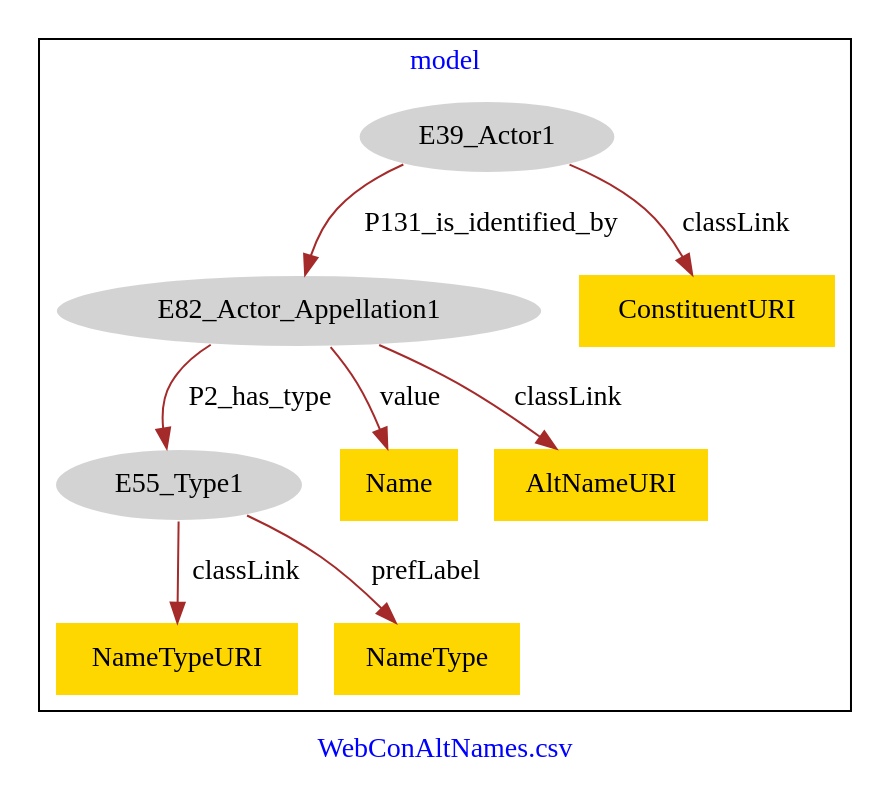
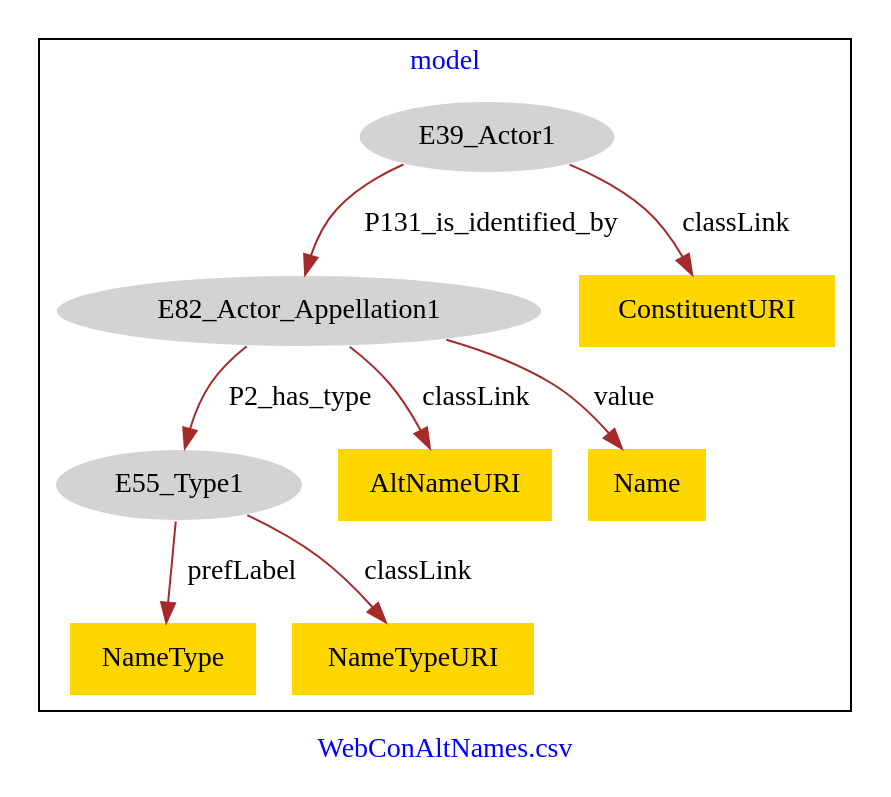
The diagram in WebConAltNames/WebConAltNames-model.dot (american-art/SAAM), drawn with Graphviz before and after one commit.

Commit message:
Update file WebConAltNames-model.dot

```diff
--- a/WebConAltNames/WebConAltNames-model.dot
+++ b/WebConAltNames/WebConAltNames-model.dot
@@ -1,23 +1,23 @@
 digraph n0 {
 fontcolor="blue"
 remincross="true"
 label="WebConAltNames.csv"
 subgraph cluster {
 label="model"
 n2[style="filled",color="white",fillcolor="lightgray",label="E39_Actor1"];
 n3[style="filled",color="white",fillcolor="lightgray",label="E82_Actor_Appellation1"];
 n4[style="filled",color="white",fillcolor="lightgray",label="E55_Type1"];
-n5[shape="plaintext",style="filled",fillcolor="gold",label="Name"];
-n6[shape="plaintext",style="filled",fillcolor="gold",label="NameTypeURI"];
-n7[shape="plaintext",style="filled",fillcolor="gold",label="AltNameURI"];
+n5[shape="plaintext",style="filled",fillcolor="gold",label="AltNameURI"];
+n6[shape="plaintext",style="filled",fillcolor="gold",label="NameType"];
+n7[shape="plaintext",style="filled",fillcolor="gold",label="NameTypeURI"];
 n8[shape="plaintext",style="filled",fillcolor="gold",label="ConstituentURI"];
-n9[shape="plaintext",style="filled",fillcolor="gold",label="NameType"];
+n9[shape="plaintext",style="filled",fillcolor="gold",label="Name"];
 }
 n2 -> n3[color="brown",fontcolor="black",label="P131_is_identified_by"]
 n3 -> n4[color="brown",fontcolor="black",label="P2_has_type"]
-n3 -> n5[color="brown",fontcolor="black",label="value"]
-n4 -> n6[color="brown",fontcolor="black",label="classLink"]
-n3 -> n7[color="brown",fontcolor="black",label="classLink"]
+n3 -> n5[color="brown",fontcolor="black",label="classLink"]
+n4 -> n6[color="brown",fontcolor="black",label="prefLabel"]
+n4 -> n7[color="brown",fontcolor="black",label="classLink"]
 n2 -> n8[color="brown",fontcolor="black",label="classLink"]
-n4 -> n9[color="brown",fontcolor="black",label="prefLabel"]
+n3 -> n9[color="brown",fontcolor="black",label="value"]
 }
```
